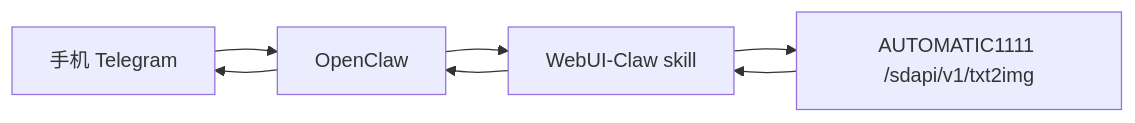
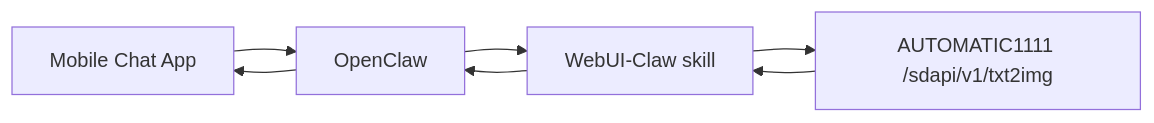
The diagram in README.md (YoujunZhao/WebUI-Claw), drawn with Mermaid before and after one commit. The commit also changed other lines of this file and 1 other file, not shown here.

````diff
--- a/README.md
+++ b/README.md
@@ -20,7 +44,7 @@
 ```mermaid
 flowchart LR
-  A[手机 Telegram] --> B[OpenClaw]
+  A[Mobile Chat App] --> B[OpenClaw]
   B --> C[WebUI-Claw skill]
   C --> D[AUTOMATIC1111 /sdapi/v1/txt2img]
   D --> C --> B --> A
 ```
````
